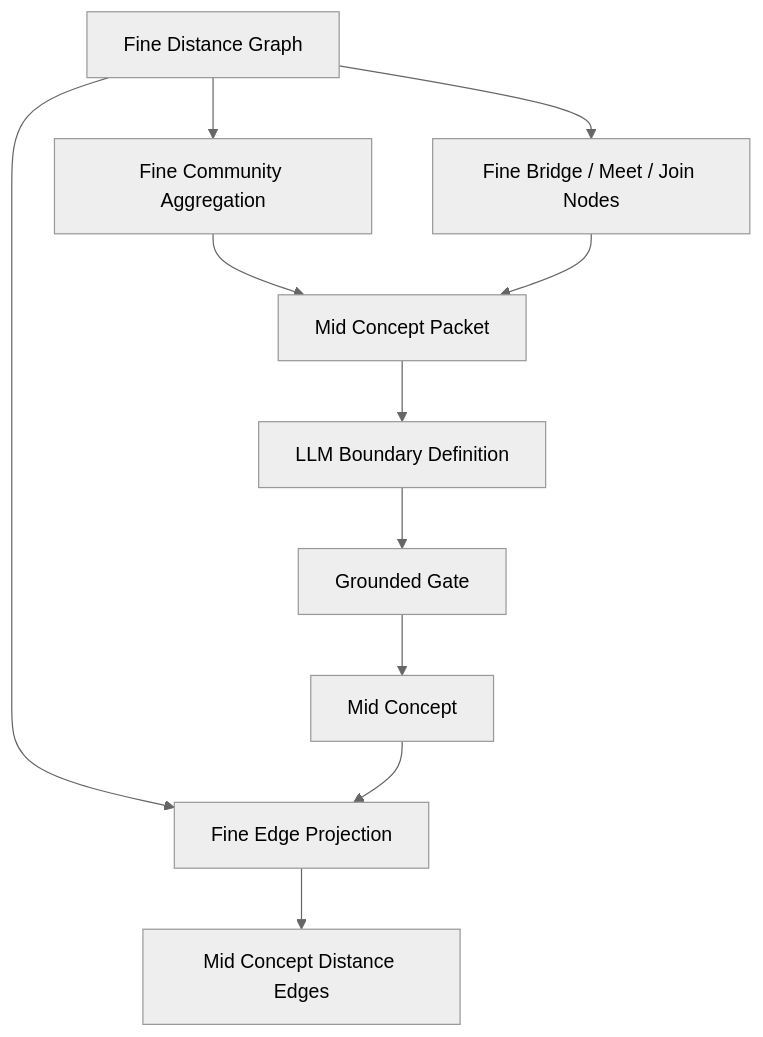
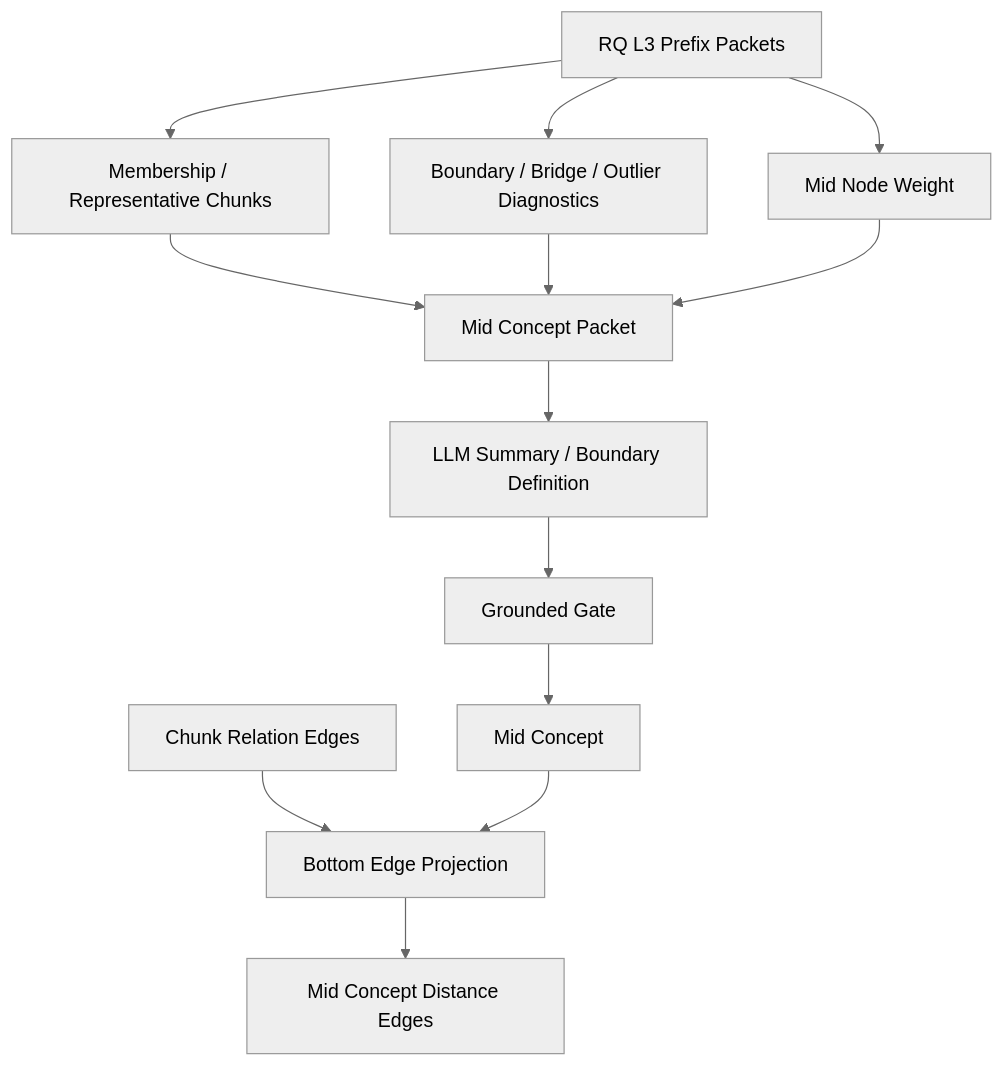
The eighth of 11 diagrams in docs/technical-spec.md (Sggggt/SymboGraph), drawn with Mermaid (neutral theme) before and after one commit. The commit also changed other lines of this file and 57 other files, not shown here.

Commit message:
v1.3.1 beta: 重新划分了四层图的边界，更新了图谱生成架构

````diff
--- a/docs/technical-spec.md
+++ b/docs/technical-spec.md
@@ -1232,13 +1425,15 @@
 ```mermaid
 flowchart TB
-    FG["Fine Distance Graph"] --> COM["Fine Community Aggregation"]
-    FG --> BR["Fine Bridge / Meet / Join Nodes"]
-    COM --> PACK["Mid Concept Packet"]
+    R3["RQ L3 Prefix Packets"] --> MEM["Membership / Representative Chunks"]
+    R3 --> BR["Boundary / Bridge / Outlier Diagnostics"]
+    R3 --> W["Mid Node Weight"]
+    MEM --> PACK
     BR --> PACK
-    PACK --> LLM["LLM Boundary Definition"]
+    W --> PACK
+    PACK["Mid Concept Packet"] --> LLM["LLM Summary / Boundary Definition"]
     LLM --> GATE["Grounded Gate"]
     GATE --> MC["Mid Concept"]
-    FG --> PROJ["Fine Edge Projection"]
+    CRE["Chunk Relation Edges"] --> PROJ["Bottom Edge Projection"]
     MC --> PROJ
     PROJ --> ME["Mid Concept Distance Edges"]
 ```
````
